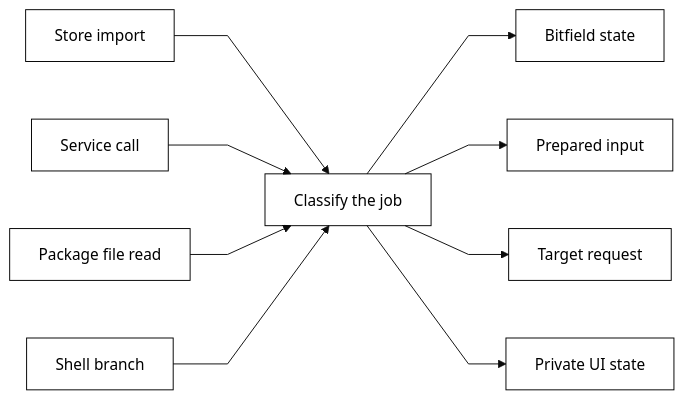
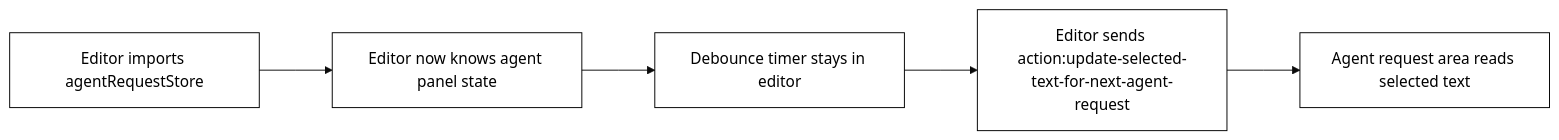
Before and after one commit to kngf222/bitfield-docs: the diagram in runtime-kit/build-without-tangled-code/translate-traditional-code.mdx, drawn with Mermaid (base theme). The commit also changed 1 other file, not shown here.

Commit message:
docs: make mermaid flow concrete

````diff
--- a/runtime-kit/build-without-tangled-code/translate-traditional-code.mdx
+++ b/runtime-kit/build-without-tangled-code/translate-traditional-code.mdx
@@ -16,22 +16,20 @@
 ```mermaid
-%%{init: {'flowchart': {'nodeSpacing': 60, 'rankSpacing': 78, 'curve': 'linear'}}}%%
+%%{init: {'flowchart': {'nodeSpacing': 56, 'rankSpacing': 76, 'curve': 'linear'}}}%%
 flowchart LR
-  Store["Store import"] --> Classify["Classify the job"]
-  Service["Service call"] --> Classify
-  File["Package file read"] --> Classify
-  Branch["Shell branch"] --> Classify
-  Classify --> State["Bitfield state"]
-  Classify --> Read["Prepared input"]
-  Classify --> Request["Target request"]
-  Classify --> Local["Private UI state"]
+  Bad["Editor imports agentRequestStore"] --> Breaks["Editor now knows agent panel state"]
+  Breaks --> Local["Debounce timer stays in editor"]
+  Local --> Request["Editor sends action:update-selected-text-for-next-agent-request"]
+  Request --> Read["Agent request area reads selected text"]
 
   classDef traditional fill:transparent,stroke:currentColor,color:currentColor;
-  classDef classify fill:transparent,stroke:currentColor,color:currentColor;
-  classDef bitfield fill:transparent,stroke:currentColor,color:currentColor;
+  classDef reject fill:transparent,stroke:currentColor,color:currentColor;
   classDef private fill:transparent,stroke:currentColor,color:currentColor;
+  classDef request fill:transparent,stroke:currentColor,color:currentColor;
+  classDef read fill:transparent,stroke:currentColor,color:currentColor;
 
-  class Store,Service,File,Branch traditional;
-  class Classify classify;
-  class State,Read,Request bitfield;
+  class Bad traditional;
+  class Breaks reject;
   class Local private;
+  class Request request;
+  class Read read;
 ```
````
